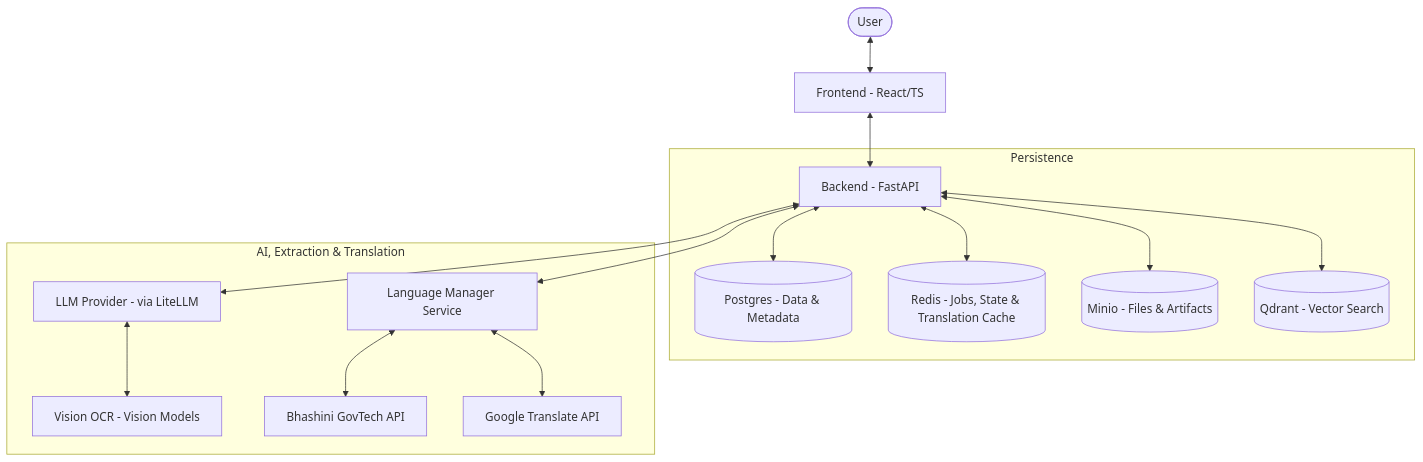
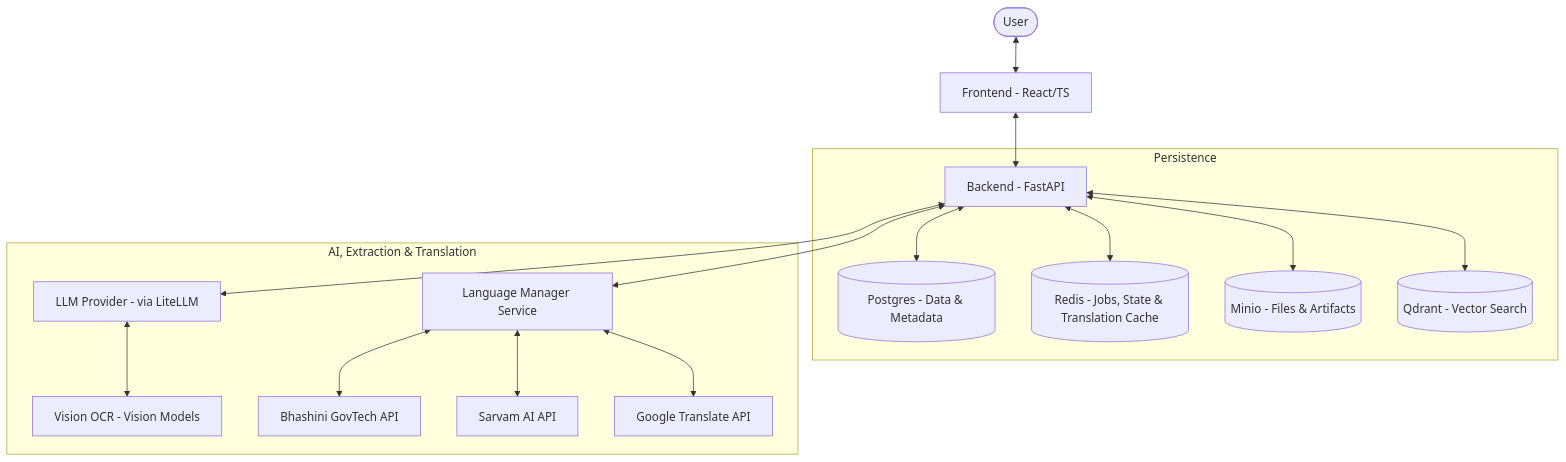
The first of 2 diagrams in README.md (Hari31416/FormFoundry), drawn with Mermaid before and after one commit. The commit also changed other lines of this file and 10 other files, not shown here.

````diff
--- a/README.md
+++ b/README.md
@@ -9,20 +9,21 @@
 ```mermaid
 graph TD
     User([User]) <--> Frontend[Frontend - React/TS]
     Frontend <--> Backend[Backend - FastAPI]
 
     subgraph Persistence
         Backend <--> DB[(Postgres - Data & Metadata)]
         Backend <--> Cache[(Redis - Jobs, State & Translation Cache)]
         Backend <--> ObjectStore[(Minio - Files & Artifacts)]
         Backend <--> VectorDB[(Qdrant - Vector Search)]
     end
 
     subgraph "AI, Extraction & Translation"
         Backend <--> LLM[LLM Provider - via LiteLLM]
         LLM <--> OCR[Vision OCR - Vision Models]
         Backend <--> LangOrch[Language Manager Service]
         LangOrch <--> Bhashini[Bhashini GovTech API]
+        LangOrch <--> Sarvam[Sarvam AI API]
         LangOrch <--> Google[Google Translate API]
     end
 ```
````
